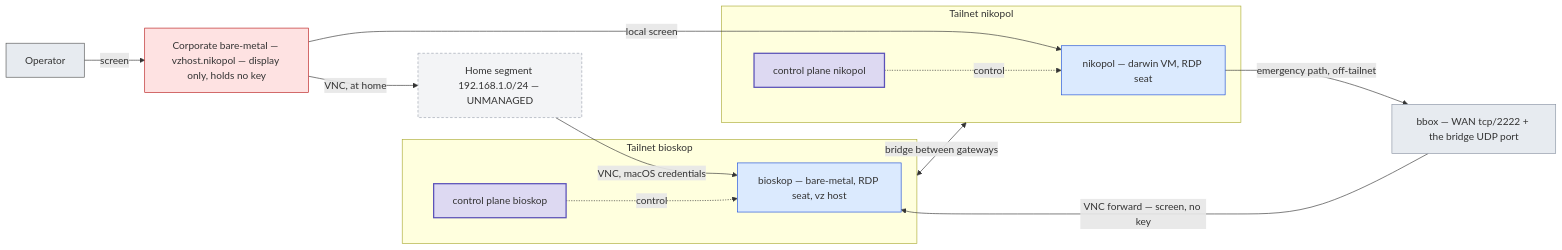
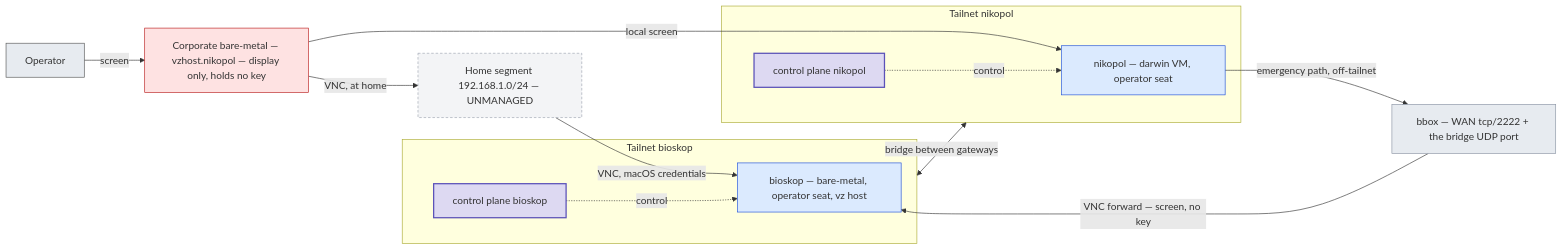
Before and after one commit to seedmatic/ndh: the first of 12 diagrams in docs/fabric-control-plane-spec.adoc, drawn with Mermaid. The commit also changed other lines of this file and 47 other files, not shown here.

```diff
--- a/docs/fabric-control-plane-spec.adoc
+++ b/docs/fabric-control-plane-spec.adoc
@@ -92,34 +92,34 @@
 [mermaid]
 ....
 flowchart LR
   op["Operator"]:::person
   corp["Corporate bare-metal — vzhost.nikopol — display only, holds no key"]:::outside
   home["Home segment 192.168.1.0/24 — UNMANAGED"]:::unmanaged
   bbox["bbox — WAN tcp/2222 + the bridge UDP port"]:::ext
 
   subgraph TB_["Tailnet bioskop"]
-    bioskop["bioskop — bare-metal, RDP seat, vz host"]:::seat
+    bioskop["bioskop — bare-metal, operator seat, vz host"]:::seat
     hsB["control plane bioskop"]:::cp
   end
   subgraph TN_["Tailnet nikopol"]
-    nikopol["nikopol — darwin VM, RDP seat"]:::seat
+    nikopol["nikopol — darwin VM, operator seat"]:::seat
     hsN["control plane nikopol"]:::cp
   end
 
   op -->|"screen"| corp
   corp -->|"VNC, at home"| home
   home -->|"VNC, macOS credentials"| bioskop
   corp -->|"local screen"| nikopol
   hsB -.->|"control"| bioskop
   hsN -.->|"control"| nikopol
   TB_ <-->|"bridge between gateways"| TN_
   nikopol -->|"emergency path, off-tailnet"| bbox
   bbox -->|"VNC forward — screen, no key"| bioskop
 
   classDef person fill:#e7ebf0,stroke:#555;
   classDef outside fill:#fee2e2,stroke:#b91c1c;
   classDef unmanaged fill:#f3f4f6,stroke:#9ca3af,stroke-dasharray:4 3;
   classDef ext fill:#e7ebf0,stroke:#8a94a3;
   classDef seat fill:#dbeafe,stroke:#1d4ed8;
   classDef cp fill:#ddd9f2,stroke:#5b52b8,stroke-width:2px;
 ....
```
